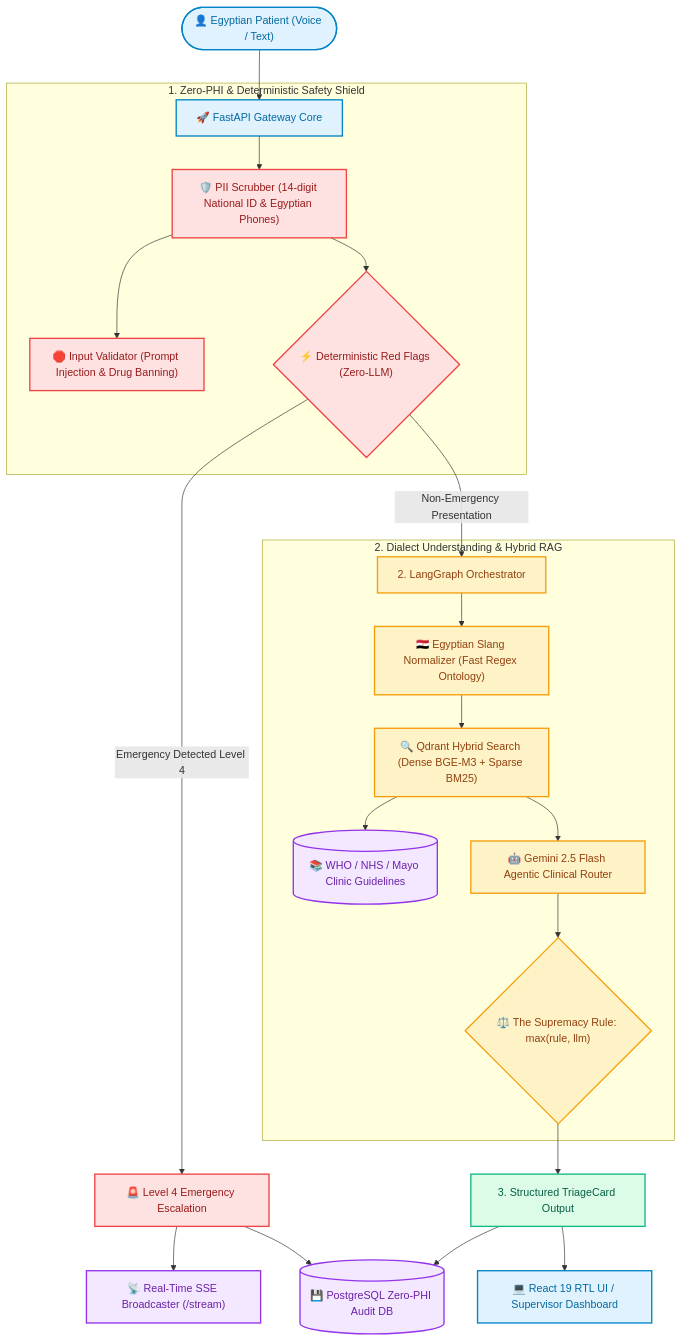
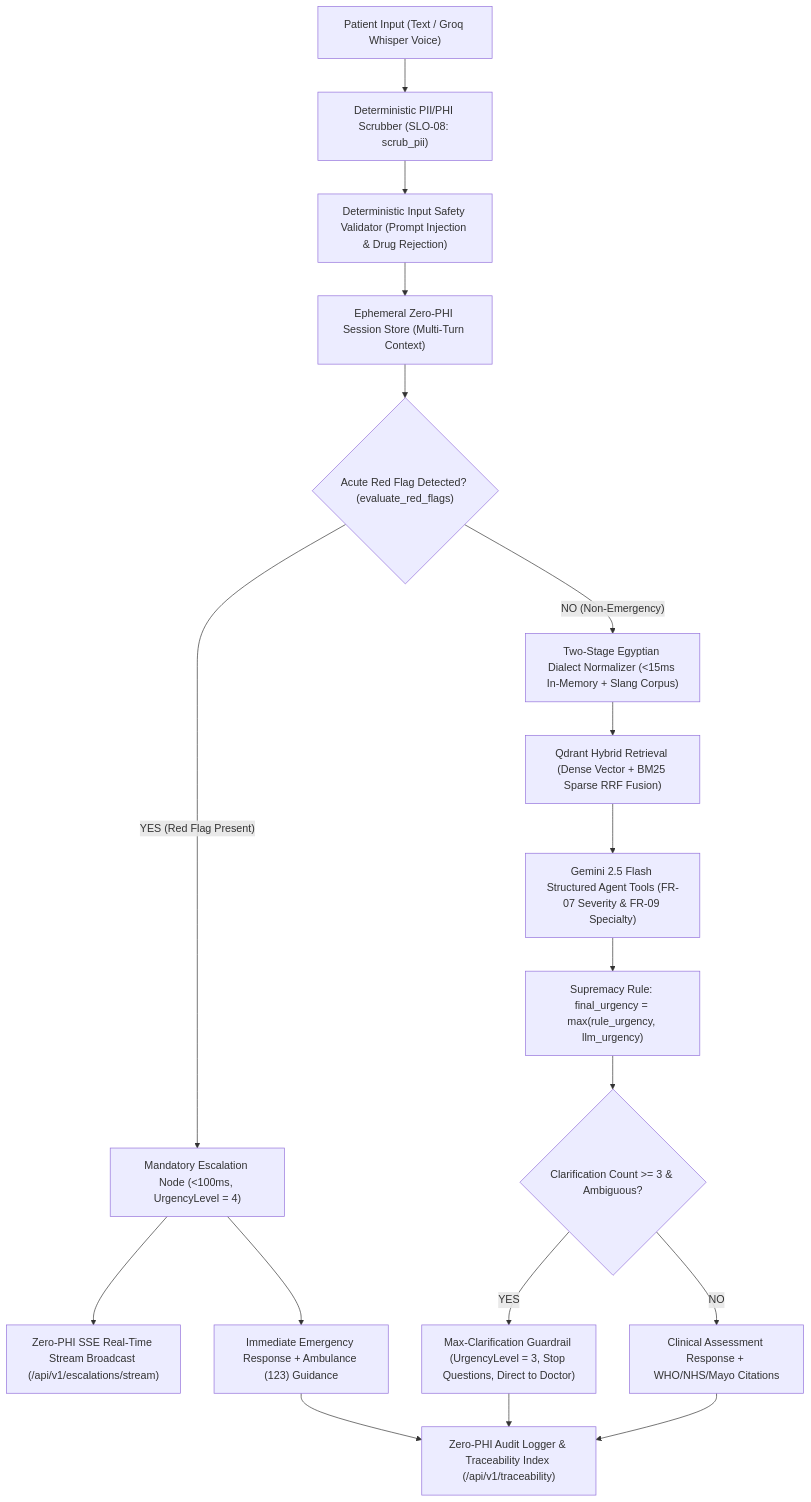
One commit to Mohamed-3M-Nouman/ShefaGuide-AI changed the diagram in README.md. Above: the diagram before and after it, drawn with Mermaid. The commit also changed other lines of this file and 15 other files, not shown here.

Commit message:
feat(team-lead): complete steps 1-3 multi-turn session store, traceability endpoint, ci pipeline, and capstone docs

````diff
--- a/README.md
+++ b/README.md
@@ -79,34 +30,25 @@
 ```mermaid
 flowchart TD
-    classDef client fill:#E0F2FE,stroke:#0284C7,stroke-width:2px,color:#0369A1;
-    classDef safety fill:#FEE2E2,stroke:#EF4444,stroke-width:2px,color:#991B1B;
-    classDef agent fill:#FEF3C7,stroke:#F59E0B,stroke-width:2px,color:#92400E;
-    classDef output fill:#DCFCE7,stroke:#10B981,stroke-width:2px,color:#065F46;
-    classDef storage fill:#F3E8FF,stroke:#9333EA,stroke-width:2px,color:#6B21A8;
-
-    Patient(["👤 Egyptian Patient (Voice / Text)"]):::client --> Gateway["🚀 FastAPI Gateway Core"]:::client
+    A["Patient Input (Text / Groq Whisper Voice)"] --> B["Deterministic PII/PHI Scrubber (SLO-08: scrub_pii)"]
+    B --> C["Deterministic Input Safety Validator (Prompt Injection & Drug Rejection)"]
+    C --> D["Ephemeral Zero-PHI Session Store (Multi-Turn Context)"]
+    D --> E{"Acute Red Flag Detected? (evaluate_red_flags)"}
     
-    subgraph S1 ["1. Zero-PHI & Deterministic Safety Shield"]
-        Gateway --> PII["🛡️ PII Scrubber (14-digit National ID & Egyptian Phones)"]:::safety
-        PII --> InputVal["🛑 Input Validator (Prompt Injection & Drug Banning)"]:::safety
-        PII --> FastRF{"⚡ Deterministic Red Flags (Zero-LLM)"}:::safety
-    end
-
-    FastRF -->|Emergency Detected Level 4| Escalation["🚨 Level 4 Emergency Escalation"]:::safety
-    Escalation --> SSE["📡 Real-Time SSE Broadcaster (/stream)"]:::storage
-    Escalation --> AuditDB[("💾 PostgreSQL Zero-PHI Audit DB")]:::storage
-
-    FastRF -->|Non-Emergency Presentation| LangGraphNode["2. LangGraph Orchestrator"]:::agent
-
-    subgraph S2 ["2. Dialect Understanding & Hybrid RAG"]
-        LangGraphNode --> Slang["🇪🇬 Egyptian Slang Normalizer (Fast Regex Ontology)"]:::agent
-        Slang --> Qdrant["🔍 Qdrant Hybrid Search (Dense BGE-M3 + Sparse BM25)"]:::agent
-        Qdrant --> Guidelines[("📚 WHO / NHS / Mayo Clinic Guidelines")]:::storage
-        Qdrant --> LLM["🤖 Gemini 2.5 Flash Agentic Clinical Router"]:::agent
-        LLM --> Supremacy{"⚖️ The Supremacy Rule: max(rule, llm)"}:::agent
-    end
-
-    Supremacy --> ResponseCard["3. Structured TriageCard Output"]:::output
-    ResponseCard --> AuditDB
-    ResponseCard --> FrontendUI["💻 React 19 RTL UI / Supervisor Dashboard"]:::client
+    %% Fast-Path Emergency Branch
+    E -- "YES (Red Flag Present)" --> F["Mandatory Escalation Node (<100ms, UrgencyLevel = 4)"]
+    F --> G["Zero-PHI SSE Real-Time Stream Broadcast (/api/v1/escalations/stream)"]
+    F --> H["Immediate Emergency Response + Ambulance (123) Guidance"]
+    
+    %% Dialect Normalization & Retrieval Branch
+    E -- "NO (Non-Emergency)" --> I["Two-Stage Egyptian Dialect Normalizer (<15ms In-Memory + Slang Corpus)"]
+    I --> J["Qdrant Hybrid Retrieval (Dense Vector + BM25 Sparse RRF Fusion)"]
+    J --> K["Gemini 2.5 Flash Structured Agent Tools (FR-07 Severity & FR-09 Specialty)"]
+    K --> L["Supremacy Rule: final_urgency = max(rule_urgency, llm_urgency)"]
+    L --> M{"Clarification Count >= 3 & Ambiguous?"}
+    M -- "YES" --> N["Max-Clarification Guardrail (UrgencyLevel = 3, Stop Questions, Direct to Doctor)"]
+    M -- "NO" --> O["Clinical Assessment Response + WHO/NHS/Mayo Citations"]
+    
+    N --> P["Zero-PHI Audit Logger & Traceability Index (/api/v1/traceability)"]
+    O --> P
+    H --> P
 ```
````
